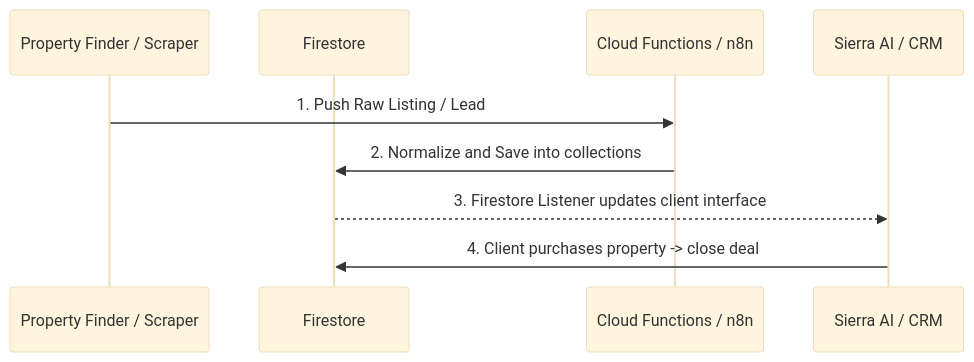
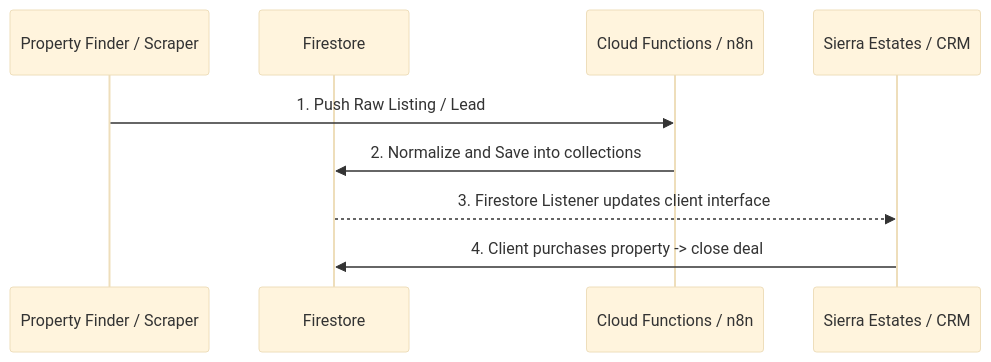
Before and after one commit to ahmedfawzy8866/Sierra-Estates-Final: the diagram in docs/memory/agent_orchestrations.md, drawn with Mermaid (base theme). The commit also changed other lines of this file and 66 other files, not shown here.

````diff
--- a/docs/memory/agent_orchestrations.md
+++ b/docs/memory/agent_orchestrations.md
@@ -62,12 +62,12 @@
 ```mermaid
 sequenceDiagram
     participant PF as Property Finder / Scraper
     participant DB as Firestore
     participant F as Cloud Functions / n8n
-    participant A as Sierra AI / CRM
+    participant A as Sierra Estates / CRM
     
     PF->>F: 1. Push Raw Listing / Lead
     F->>DB: 2. Normalize and Save into collections
     DB-->>A: 3. Firestore Listener updates client interface
     A->>DB: 4. Client purchases property -> close deal
 ```
````
